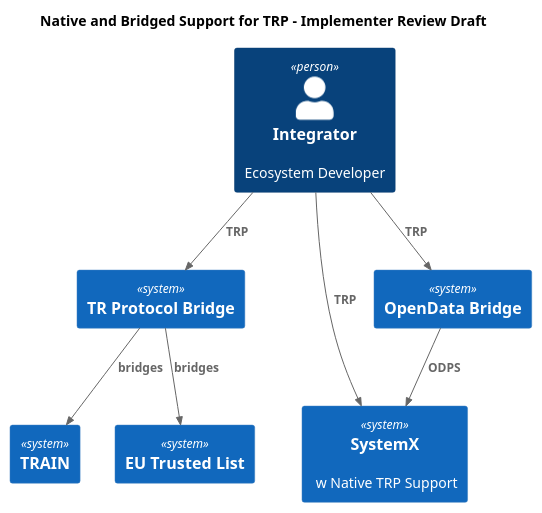
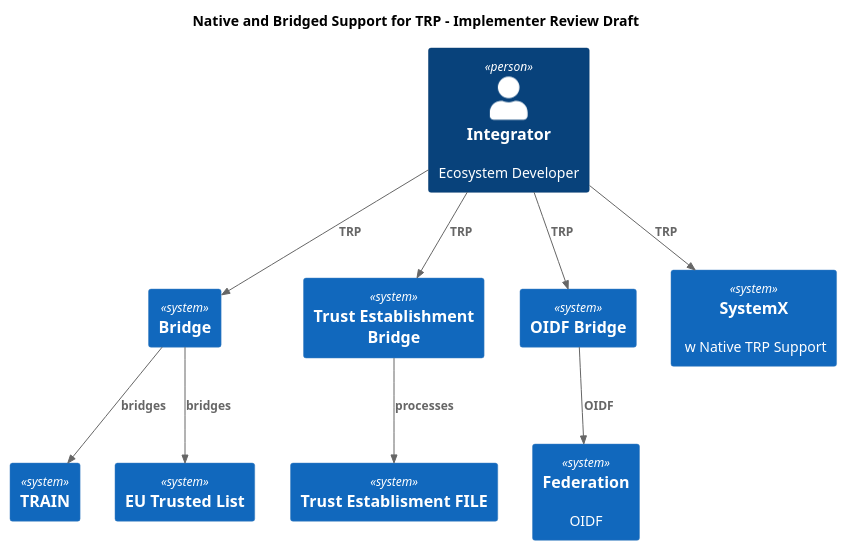
One commit to trustoverip/tswg-trust-registry-protocol changed the diagram in diagrams/protocol-bridging.plantuml. Above: the diagram before and after it, drawn with PlantUML.

Commit message:
updated Bridge diagram with TRAIN, TE, and OIDF

```diff
--- a/diagrams/protocol-bridging.plantuml
+++ b/diagrams/protocol-bridging.plantuml
@@ -1,30 +1,50 @@
 @startuml
 !include https://raw.githubusercontent.com/plantuml-stdlib/C4-PlantUML/master/C4_Context.puml
 ' uncomment the following line and comment the first to use locally
 ' !include C4_Context.puml
 
 
 title Native and Bridged Support for TRP - Implementer Review Draft
 
 Person(Integrator, "Integrator", "Ecosystem Developer")
 
-System(Bridge, "TR Protocol Bridge")
+System(Bridge, "Bridge")
+System(teBridge, "Trust Establishment Bridge")
+
+System(oidcBridge, "OIDF Bridge")
+System(oidfData,"Federation","OIDF")
+
+Rel(Integrator, oidcBridge,"TRP")
+Rel(oidcBridge,oidfData,"OIDF")
+
+
 System(TRAIN, "TRAIN")
+Rel(Bridge, TRAIN,"bridges")
+
+
+
 System(EUTrustedList, "EU Trusted List")
 System(NativeSupport, "SystemX"," w Native TRP Support")
 
-System(OpenDataBridge, "OpenData Bridge")
 
 
+System(teFile, "Trust Establisment FILE")
+
+Rel(teBridge, teFile,"processes")
+
 Rel(Integrator, Bridge, "TRP")
-Rel(Bridge, TRAIN,"bridges")
+Rel(Integrator, teBridge, "TRP")
+
+
 Rel(Bridge, EUTrustedList, "bridges")
 
-Rel(Integrator, OpenDataBridge,"TRP")
-Rel(OpenDataBridge,NativeSupport,"ODPS")
+
+' System(OpenDataBridge, "OpenData Bridge")
+' Rel(Integrator, OpenDataBridge,"TRP")
+' Rel(OpenDataBridge,NativeSupport,"ODPS")
 
 Rel(Integrator, NativeSupport,"TRP")
 
 
 
 @enduml 
```
